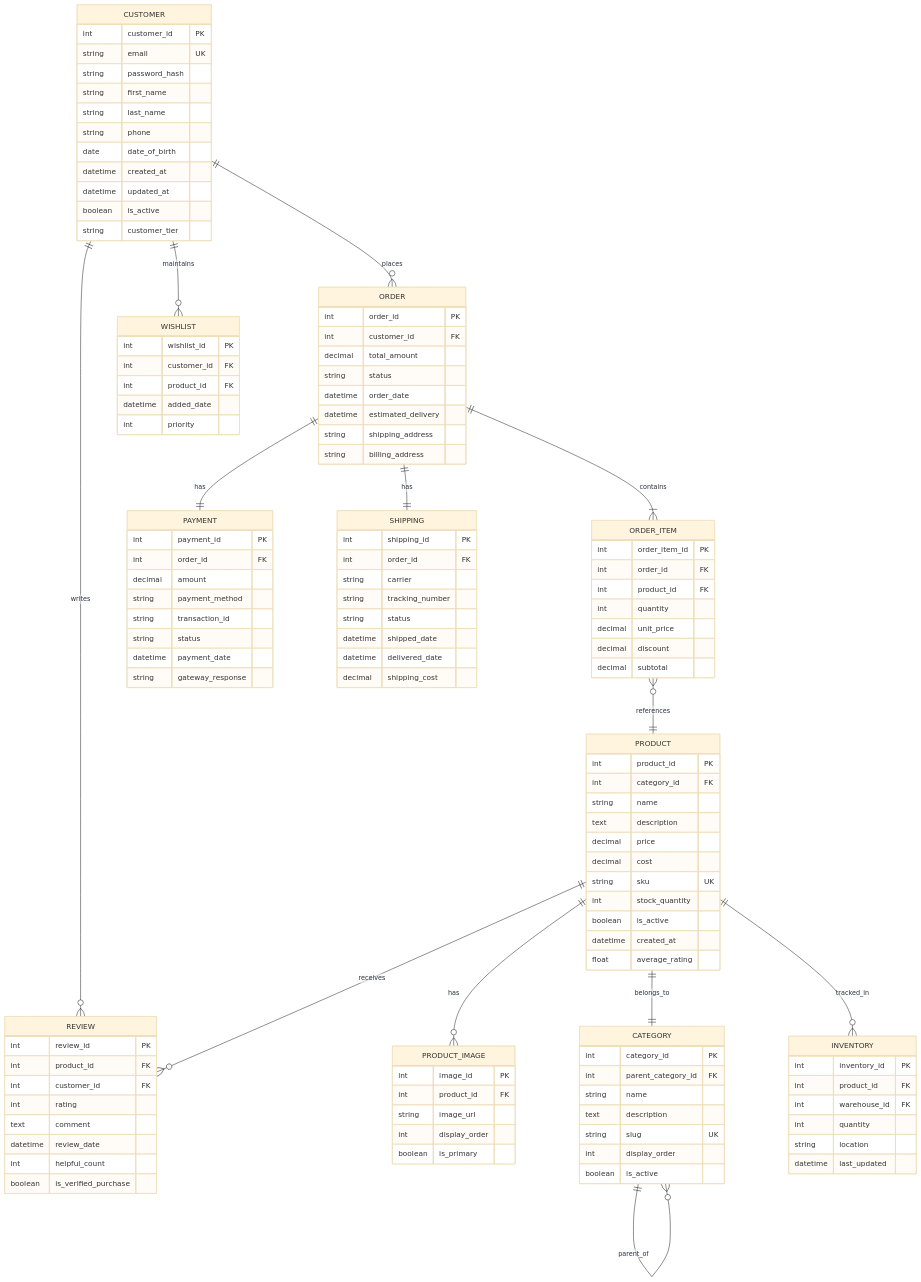
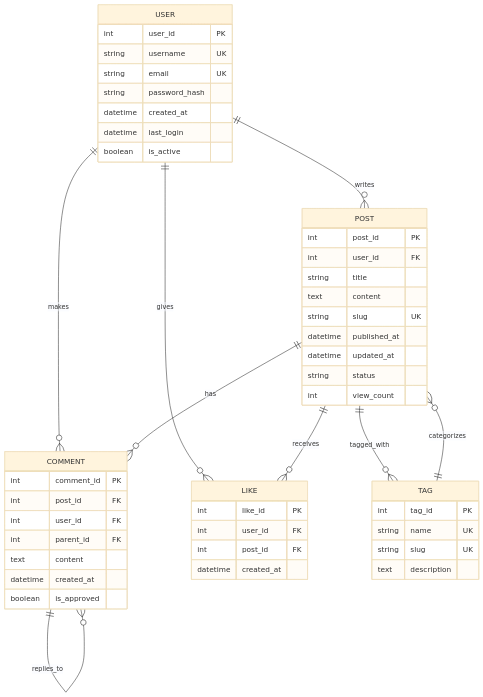
Before and after one commit to saugatapaul1010/RAG-Corrective: the tenth of 17 diagrams in Sample_Drawings.md, drawn with Mermaid (base theme). The commit also changed other lines of this file, not shown here.

````diff
--- a/Sample_Drawings.md
+++ b/Sample_Drawings.md
@@ -720,131 +562,56 @@
 ```mermaid
 erDiagram
-    CUSTOMER ||--o{ ORDER : places
-    CUSTOMER ||--o{ REVIEW : writes
-    CUSTOMER ||--o{ WISHLIST : maintains
-    CUSTOMER {
-        int customer_id PK
+    USER ||--o{ POST : writes
+    USER ||--o{ COMMENT : makes
+    USER ||--o{ LIKE : gives
+    USER {
+        int user_id PK
+        string username UK
         string email UK
         string password_hash
-        string first_name
-        string last_name
-        string phone
-        date date_of_birth
         datetime created_at
-        datetime updated_at
-        boolean is_active
-        string customer_tier
-    }
-    
-    ORDER ||--|{ ORDER_ITEM : contains
-    ORDER ||--|| PAYMENT : has
-    ORDER ||--|| SHIPPING : has
-    ORDER {
-        int order_id PK
-        int customer_id FK
-        decimal total_amount
-        string status
-        datetime order_date
-        datetime estimated_delivery
-        string shipping_address
-        string billing_address
-    }
-    
-    ORDER_ITEM }o--|| PRODUCT : references
-    ORDER_ITEM {
-        int order_item_id PK
-        int order_id FK
-        int product_id FK
-        int quantity
-        decimal unit_price
-        decimal discount
-        decimal subtotal
-    }
-    
-    PRODUCT ||--o{ REVIEW : receives
-    PRODUCT ||--o{ PRODUCT_IMAGE : has
-    PRODUCT ||--|| CATEGORY : belongs_to
-    PRODUCT ||--o{ INVENTORY : tracked_in
-    PRODUCT {
-        int product_id PK
-        int category_id FK
-        string name
-        text description
-        decimal price
-        decimal cost
-        string sku UK
-        int stock_quantity
-        boolean is_active
-        datetime created_at
-        float average_rating
-    }
-    
-    CATEGORY ||--o{ CATEGORY : parent_of
-    CATEGORY {
-        int category_id PK
-        int parent_category_id FK
-        string name
-        text description
-        string slug UK
-        int display_order
+        datetime last_login
         boolean is_active
     }
     
-    PAYMENT {
-        int payment_id PK
-        int order_id FK
-        decimal amount
-        string payment_method
-        string transaction_id
+    POST ||--o{ COMMENT : has
+    POST ||--o{ LIKE : receives
+    POST ||--o{ TAG : tagged_with
+    POST {
+        int post_id PK
+        int user_id FK
+        string title
+        text content
+        string slug UK
+        datetime published_at
+        datetime updated_at
         string status
-        datetime payment_date
-        string gateway_response
+        int view_count
     }
     
-    SHIPPING {
-        int shipping_id PK
-        int order_id FK
-        string carrier
-        string tracking_number
-        string status
-        datetime shipped_date
-        datetime delivered_date
-        decimal shipping_cost
+    COMMENT ||--o{ COMMENT : replies_to
+    COMMENT {
+        int comment_id PK
+        int post_id FK
+        int user_id FK
+        int parent_id FK
+        text content
+        datetime created_at
+        boolean is_approved
     }
     
-    REVIEW {
-        int review_id PK
-        int product_id FK
-        int customer_id FK
-        int rating
-        text comment
-        datetime review_date
-        int helpful_count
-        boolean is_verified_purchase
+    LIKE {
+        int like_id PK
+        int user_id FK
+        int post_id FK
+        datetime created_at
     }
     
-    WISHLIST {
-        int wishlist_id PK
-        int customer_id FK
-        int product_id FK
-        datetime added_date
-        int priority
-    }
-    
-    INVENTORY {
-        int inventory_id PK
-        int product_id FK
-        int warehouse_id FK
-        int quantity
-        string location
-        datetime last_updated
-    }
-    
-    PRODUCT_IMAGE {
-        int image_id PK
-        int product_id FK
-        string image_url
-        int display_order
-        boolean is_primary
+    TAG ||--o{ POST : categorizes
+    TAG {
+        int tag_id PK
+        string name UK
+        string slug UK
+        text description
     }
 ```
````
